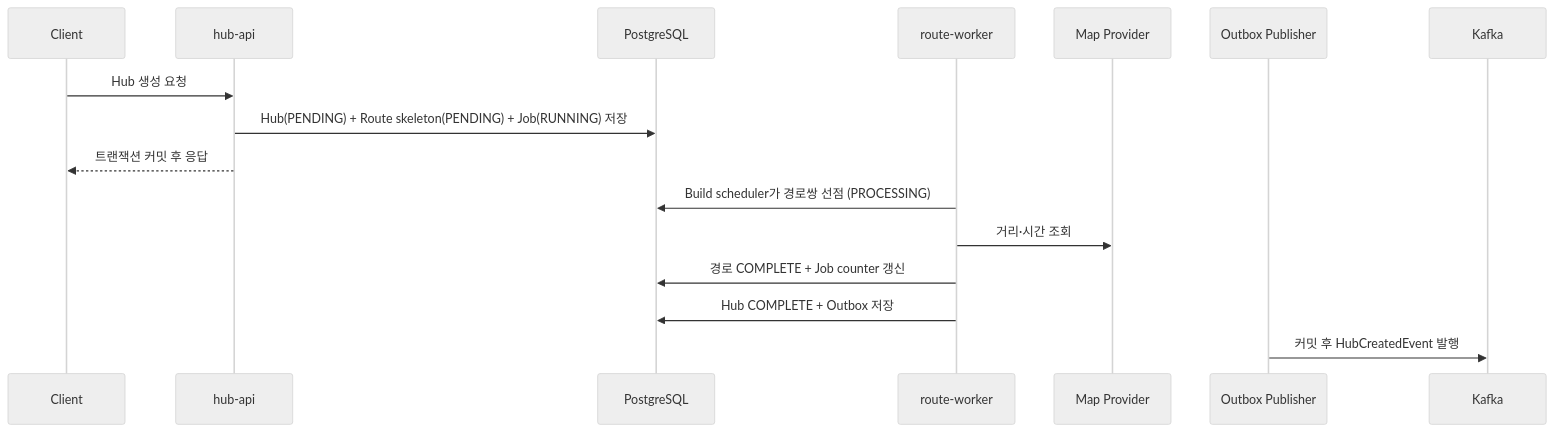
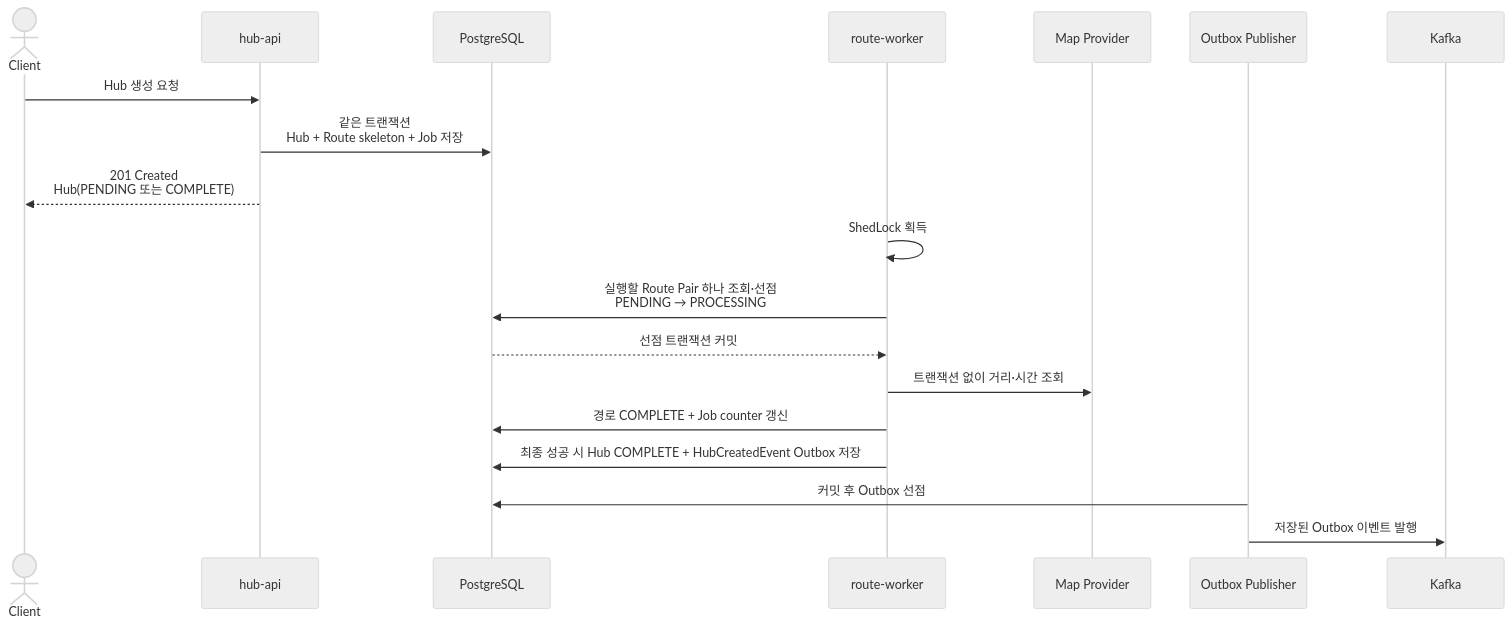
One commit to jumun-personal/hub changed the first of 7 diagrams in docs/hub-route-job-pipeline.md. Above: the diagram before and after it, drawn with Mermaid (neutral theme). The commit also changed other lines of this file and 2 other files, not shown here.

Commit message:
docs(hub-route): 문서 갱신

````diff
--- a/docs/hub-route-job-pipeline.md
+++ b/docs/hub-route-job-pipeline.md
@@ -11,19 +11,22 @@
 ```mermaid
 sequenceDiagram
-    participant Client
+    actor Client
     participant API as hub-api
     participant DB as PostgreSQL
     participant Worker as route-worker
     participant Map as Map Provider
     participant Publisher as Outbox Publisher
     participant Kafka
 
     Client->>API: Hub 생성 요청
-    API->>DB: Hub(PENDING) + Route skeleton(PENDING) + Job(RUNNING) 저장
-    API-->>Client: 트랜잭션 커밋 후 응답
-    Worker->>DB: Build scheduler가 경로쌍 선점 (PROCESSING)
-    Worker->>Map: 거리·시간 조회
+    API->>DB: 같은 트랜잭션<br/>Hub + Route skeleton + Job 저장
+    API-->>Client: 201 Created<br/>Hub(PENDING 또는 COMPLETE)
+    Worker->>Worker: ShedLock 획득
+    Worker->>DB: 실행할 Route Pair 하나 조회·선점<br/>PENDING → PROCESSING
+    DB-->>Worker: 선점 트랜잭션 커밋
+    Worker->>Map: 트랜잭션 없이 거리·시간 조회
     Worker->>DB: 경로 COMPLETE + Job counter 갱신
-    Worker->>DB: Hub COMPLETE + Outbox 저장
-    Publisher->>Kafka: 커밋 후 HubCreatedEvent 발행
+    Worker->>DB: 최종 성공 시 Hub COMPLETE + HubCreatedEvent Outbox 저장
+    Publisher->>DB: 커밋 후 Outbox 선점
+    Publisher->>Kafka: 저장된 Outbox 이벤트 발행
 ```
````
